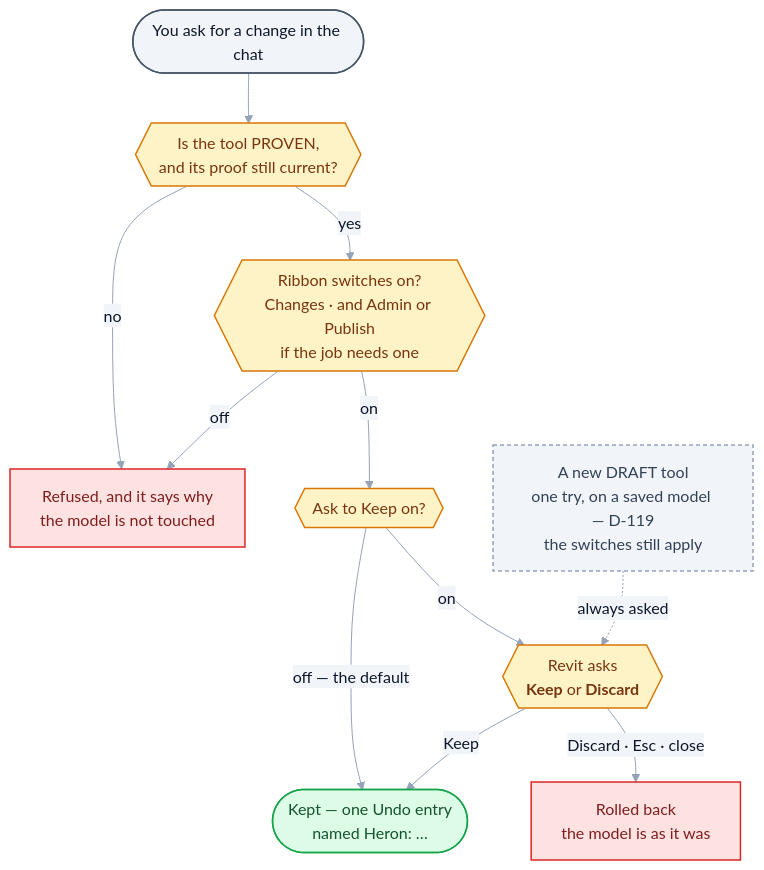
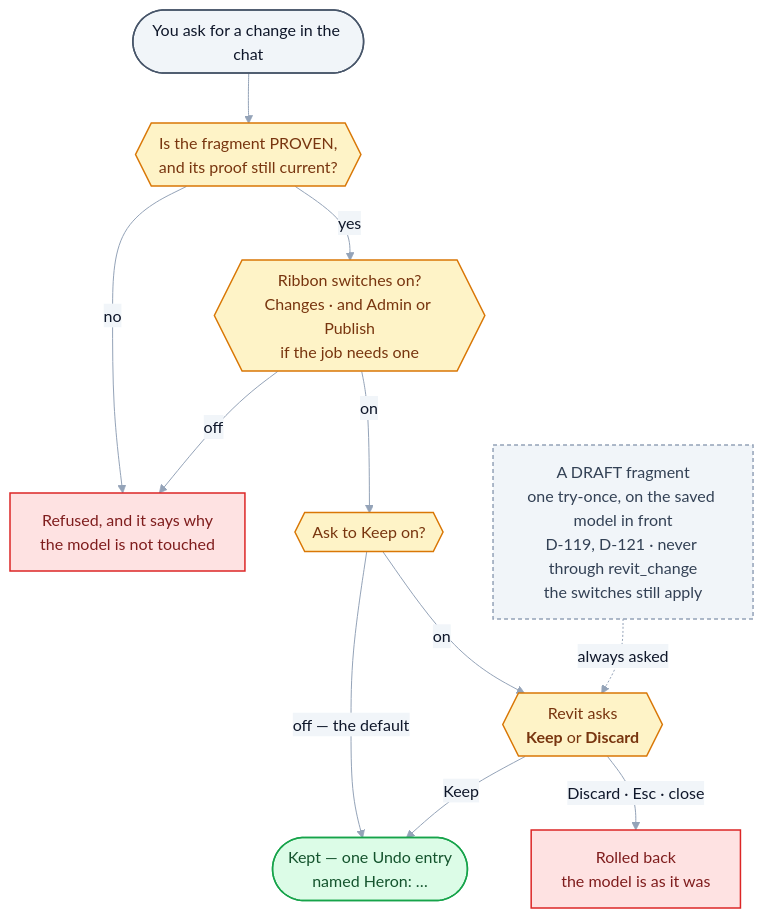
Before and after one commit to Ajmalpshaik/Heron-AI: the third of 3 diagrams in README.md, drawn with Mermaid. The commit also changed other lines of this file and 133 other files, not shown here.

````diff
--- a/README.md
+++ b/README.md
@@ -216,35 +216,35 @@
 ```mermaid
 %%{init: {"themeVariables": {"edgeLabelBackground":"#F1F5F9","lineColor":"#94A3B8","textColor":"#0F172A","tertiaryTextColor":"#0F172A"}}}%%
 flowchart TD
     A(["You ask for a change in the chat"])
-    P{{"Is the tool PROVEN,<br/>and its proof still current?"}}
+    P{{"Is the fragment PROVEN,<br/>and its proof still current?"}}
     S{{"Ribbon switches on?<br/>Changes · and Admin or Publish<br/>if the job needs one"}}
     K{{"Ask to Keep on?"}}
     B{{"Revit asks<br/><b>Keep</b> or <b>Discard</b>"}}
     KEEP(["Kept — one Undo entry<br/>named Heron: …"])
     NO["Refused, and it says why<br/>the model is not touched"]
     BACK["Rolled back<br/>the model is as it was"]
-    T["A new DRAFT tool<br/>one try, on a saved model — D-119<br/>the switches still apply"]
+    T["A DRAFT fragment<br/>one try-once, on the saved model in front<br/>D-119, D-121 · never through revit_change<br/>the switches still apply"]
 
     A --> P
     P -->|no| NO
     P -->|yes| S
     S -->|off| NO
     S -->|on| K
     K -->|"off — the default"| KEEP
     K -->|on| B
     B -->|Keep| KEEP
     B -->|"Discard · Esc · close"| BACK
     T -.->|always asked| B
 
     classDef user fill:#F1F5F9,stroke:#475569,stroke-width:1.5px,color:#0F172A
     classDef check fill:#FEF3C7,stroke:#D97706,stroke-width:1.5px,color:#78350F
     classDef good fill:#DCFCE7,stroke:#16A34A,stroke-width:1.5px,color:#14532D
     classDef stop fill:#FEE2E2,stroke:#DC2626,stroke-width:1.5px,color:#7F1D1D
     classDef draft fill:#F1F5F9,stroke:#94A3B8,stroke-width:1.5px,color:#334155,stroke-dasharray:4 3
     class A user
     class P,S,K,B check
     class KEEP good
     class NO,BACK stop
     class T draft
 ```
````
